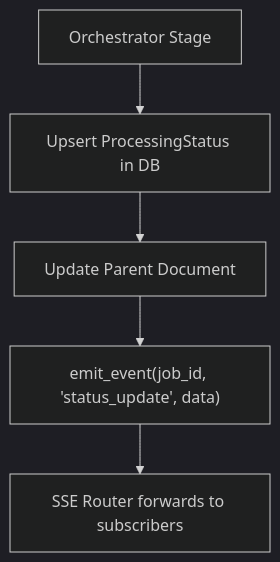
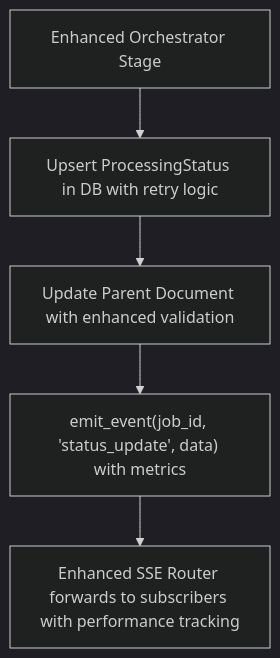
One commit to rohitkumarnaidu/-Auto-AI-Automated-Academic-Docx-Manuscript-Formatter changed the seventh of 9 diagrams in .qoder/repowiki/en/content/Backend Development/Real-time Communication.md. Above: the diagram before and after it, drawn with Mermaid (dark theme). The commit also changed other lines of this file and 6 other files, not shown here.

````diff
--- a/.qoder/repowiki/en/content/Backend Development/Real-time Communication.md
+++ b/.qoder/repowiki/en/content/Backend Development/Real-time Communication.md
@@ -267,7 +281,7 @@
 ```mermaid
 flowchart TD
-A["Orchestrator Stage"] --> B["Upsert ProcessingStatus in DB"]
-B --> C["Update Parent Document"]
-C --> D["emit_event(job_id, 'status_update', data)"]
-D --> E["SSE Router forwards to subscribers"]
+A["Enhanced Orchestrator Stage"] --> B["Upsert ProcessingStatus in DB with retry logic"]
+B --> C["Update Parent Document with enhanced validation"]
+C --> D["emit_event(job_id, 'status_update', data) with metrics"]
+D --> E["Enhanced SSE Router forwards to subscribers with performance tracking"]
 ```
````
